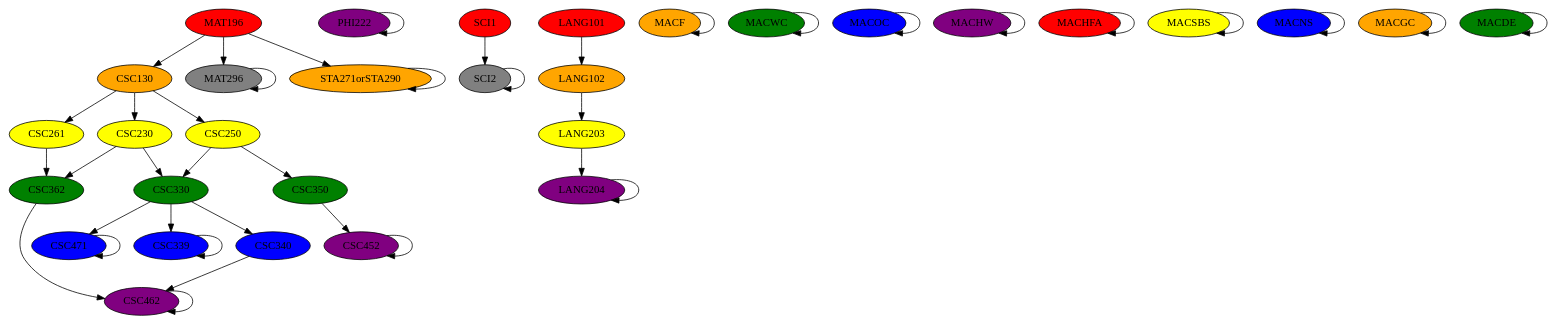
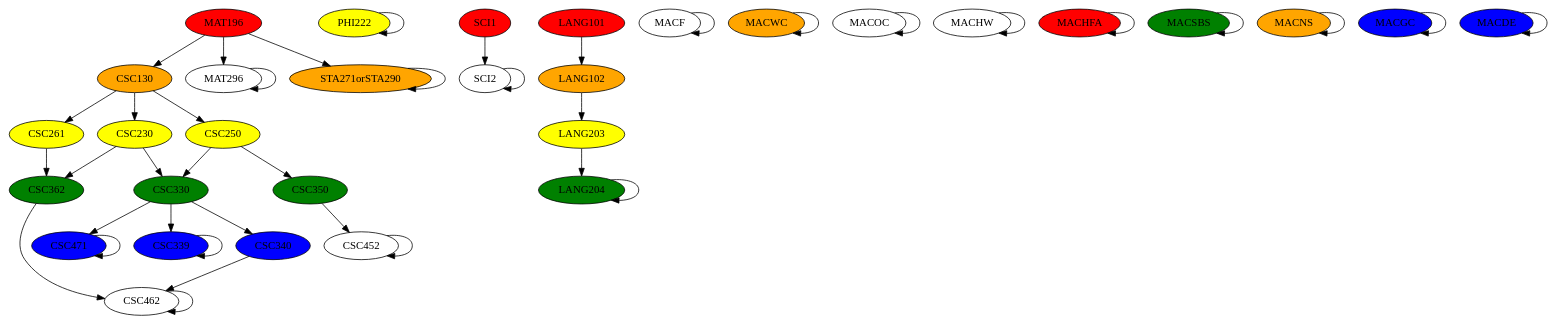
One commit to Crimsonthe1st/scheduleMax changed the diagram in graph.dot. Above: the diagram before and after it, drawn with Graphviz. The commit also changed 3 other files, not shown here.

```diff
--- a/graph.dot
+++ b/graph.dot
@@ -1,103 +1,101 @@
 digraph {
 CSC130;
 CSC230;
 CSC250;
 CSC261;
 CSC330;
 CSC339;
 CSC340;
 CSC350;
 CSC362;
 CSC452;
 CSC462;
 CSC471;
 MAT196;
 MAT296;
 STA271orSTA290;
 PHI222;
 SCI1;
 SCI2;
 LANG101;
 LANG102;
 LANG203;
 LANG204;
 MACF;
 MACWC;
 MACOC;
 MACHW;
 MACHFA;
 MACSBS;
 MACNS;
 MACGC;
 MACDE;
 CSC130 -> CSC230;
 CSC130 -> CSC250;
 CSC130 -> CSC261;
 CSC230 -> CSC330;
 CSC230 -> CSC362;
 CSC250 -> CSC330;
 CSC250 -> CSC350;
 CSC261 -> CSC362;
 CSC330 -> CSC339;
 CSC330 -> CSC340;
 CSC330 -> CSC471;
 CSC339 -> CSC339;
 CSC340 -> CSC462;
 CSC350 -> CSC452;
 CSC362 -> CSC462;
 CSC452 -> CSC452;
 CSC462 -> CSC462;
 CSC471 -> CSC471;
 MAT196 -> CSC130;
 MAT196 -> MAT296;
 MAT196 -> STA271orSTA290;
 MAT296 -> MAT296;
 STA271orSTA290 -> STA271orSTA290;
 PHI222 -> PHI222;
 SCI1 -> SCI2;
 SCI2 -> SCI2;
 LANG101 -> LANG102;
 LANG102 -> LANG203;
 LANG203 -> LANG204;
 LANG204 -> LANG204;
 MACF -> MACF;
 MACWC -> MACWC;
 MACOC -> MACOC;
 MACHW -> MACHW;
 MACHFA -> MACHFA;
 MACSBS -> MACSBS;
 MACNS -> MACNS;
 MACGC -> MACGC;
 MACDE -> MACDE;
 MACHFA [style=filled, fillcolor=red];
+LANG101 [style=filled, fillcolor=red];
 MAT196 [style=filled, fillcolor=red];
-LANG101 [style=filled, fillcolor=red];
 SCI1 [style=filled, fillcolor=red];
-MACF [style=filled, fillcolor=orange];
-MACGC [style=filled, fillcolor=orange];
+MACNS [style=filled, fillcolor=orange];
+MACWC [style=filled, fillcolor=orange];
+STA271orSTA290 [style=filled, fillcolor=orange];
 CSC130 [style=filled, fillcolor=orange];
 LANG102 [style=filled, fillcolor=orange];
-STA271orSTA290 [style=filled, fillcolor=orange];
 CSC250 [style=filled, fillcolor=yellow];
+PHI222 [style=filled, fillcolor=yellow];
+CSC230 [style=filled, fillcolor=yellow];
+LANG203 [style=filled, fillcolor=yellow];
 CSC261 [style=filled, fillcolor=yellow];
-MACSBS [style=filled, fillcolor=yellow];
-LANG203 [style=filled, fillcolor=yellow];
-CSC230 [style=filled, fillcolor=yellow];
+CSC330 [style=filled, fillcolor=green];
+LANG204 [style=filled, fillcolor=green];
+MACSBS [style=filled, fillcolor=green];
+CSC350 [style=filled, fillcolor=green];
 CSC362 [style=filled, fillcolor=green];
-MACDE [style=filled, fillcolor=green];
-MACWC [style=filled, fillcolor=green];
 CSC330 [style=filled, fillcolor=green];
+LANG204 [style=filled, fillcolor=green];
+MACSBS [style=filled, fillcolor=green];
 CSC350 [style=filled, fillcolor=green];
+CSC362 [style=filled, fillcolor=green];
 CSC471 [style=filled, fillcolor=blue];
+MACGC [style=filled, fillcolor=blue];
+MACDE [style=filled, fillcolor=blue];
+CSC340 [style=filled, fillcolor=blue];
 CSC339 [style=filled, fillcolor=blue];
-CSC340 [style=filled, fillcolor=blue];
-MACNS [style=filled, fillcolor=blue];
-MACOC [style=filled, fillcolor=blue];
-MACHW [style=filled, fillcolor=purple];
-CSC462 [style=filled, fillcolor=purple];
-CSC452 [style=filled, fillcolor=purple];
-LANG204 [style=filled, fillcolor=purple];
-PHI222 [style=filled, fillcolor=purple];
-MAT296 [style=filled, fillcolor=grey];
-SCI2 [style=filled, fillcolor=grey];
 }
```
